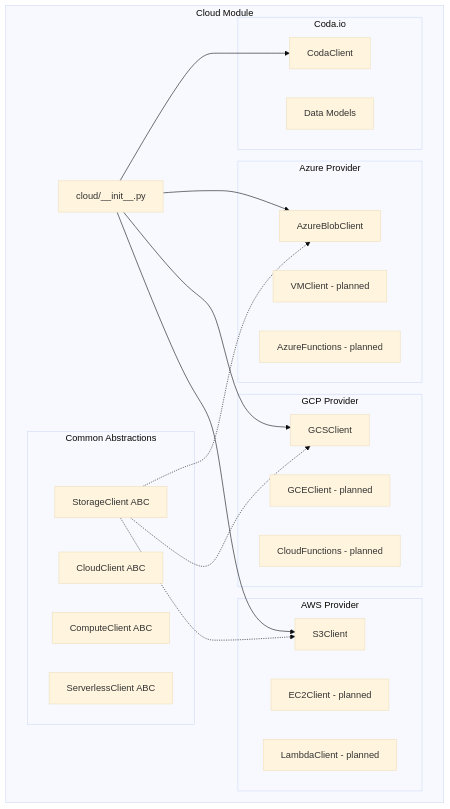
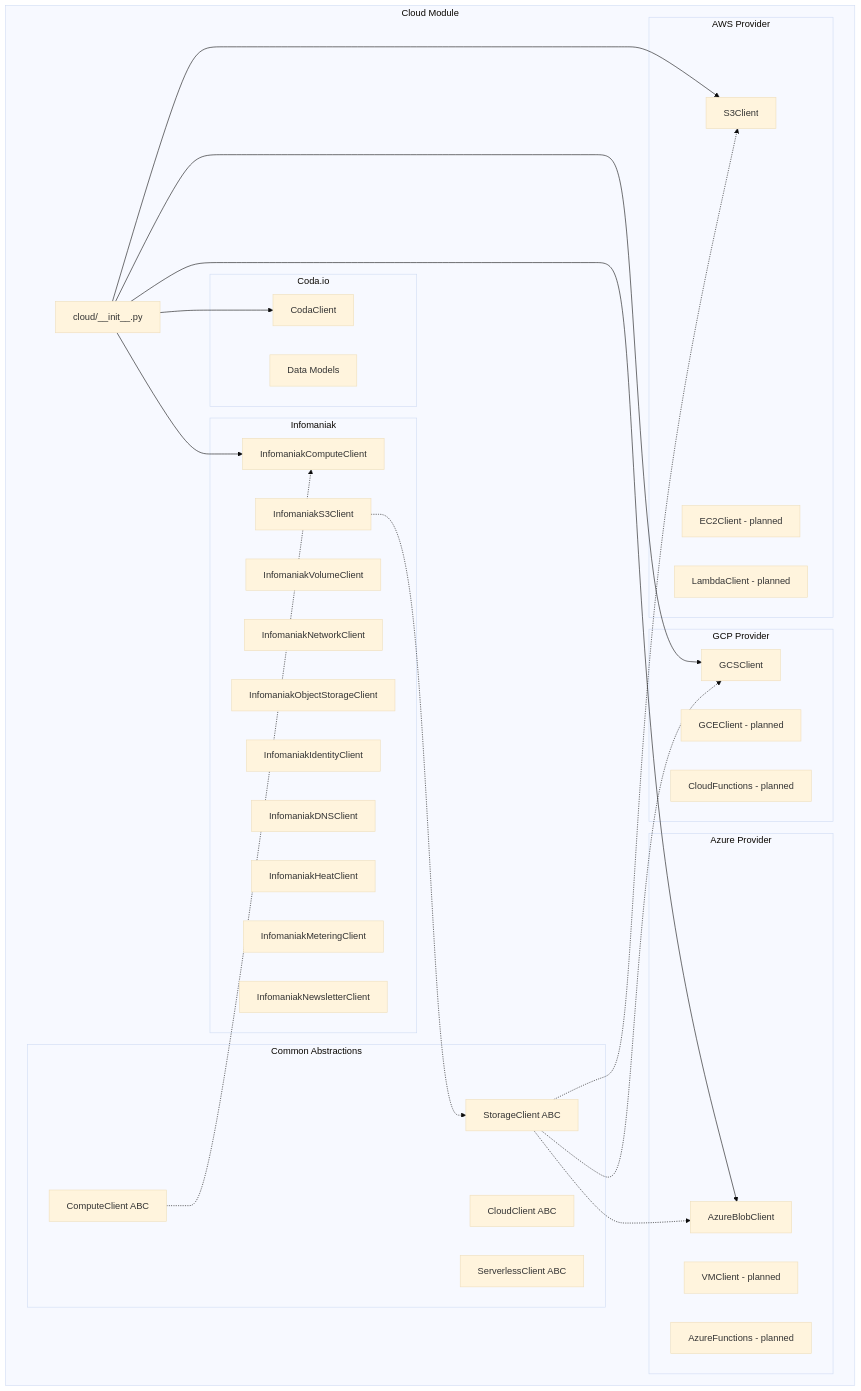
One commit to docxology/codomyrmex changed the diagram in src/codomyrmex/cloud/README.md. Above: the diagram before and after it, drawn with Mermaid (base theme). The commit also changed other lines of this file and 60 other files, not shown here.

````diff
--- a/src/codomyrmex/cloud/README.md
+++ b/src/codomyrmex/cloud/README.md
@@ -20,39 +21,54 @@
 ```mermaid
 graph TB
     subgraph "Cloud Module"
         Init[cloud/__init__.py]
         
         subgraph "Common Abstractions"
             ABC[CloudClient ABC]
             Storage[StorageClient ABC]
             Compute[ComputeClient ABC]
             Serverless[ServerlessClient ABC]
         end
         
         subgraph "AWS Provider"
             S3[S3Client]
             EC2[EC2Client - planned]
             Lambda[LambdaClient - planned]
         end
         
         subgraph "GCP Provider"
             GCS[GCSClient]
             GCE[GCEClient - planned]
             Functions[CloudFunctions - planned]
         end
         
         subgraph "Azure Provider"
             Blob[AzureBlobClient]
             VM[VMClient - planned]
             AzFunc[AzureFunctions - planned]
         end
         
         subgraph "Coda.io"
             Coda[CodaClient]
             Models[Data Models]
         end
+
+        subgraph "Infomaniak"
+            IKCompute[InfomaniakComputeClient]
+            IKVolume[InfomaniakVolumeClient]
+            IKNetwork[InfomaniakNetworkClient]
+            IKObjStore[InfomaniakObjectStorageClient]
+            IKS3[InfomaniakS3Client]
+            IKIdentity[InfomaniakIdentityClient]
+            IKDNS[InfomaniakDNSClient]
+            IKHeat[InfomaniakHeatClient]
+            IKMeter[InfomaniakMeteringClient]
+            IKNewsletter[InfomaniakNewsletterClient]
+        end
     end
-    
-    Init --> S3 & GCS & Blob & Coda
+
+    Init --> S3 & GCS & Blob & Coda & IKCompute
     Storage -.-> S3 & GCS & Blob
+    Compute -.-> IKCompute
+    IKS3 -.-> Storage
 ```
````
